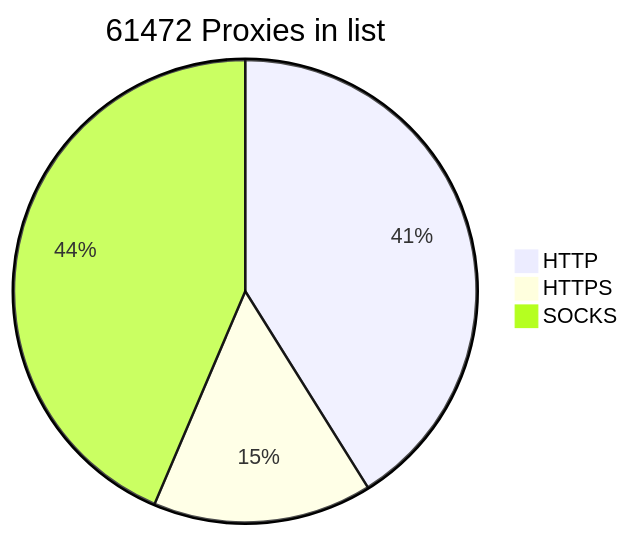
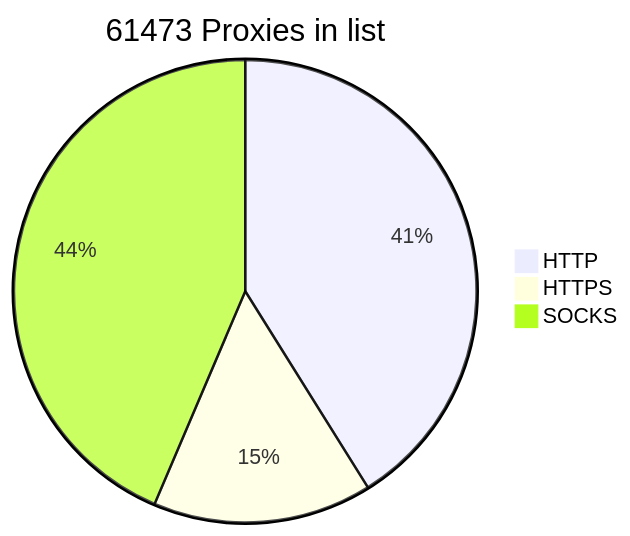
One commit to BlackSnowDot/proxylist-update-every-minute changed the diagram in README.md. Above: the diagram before and after it, drawn with Mermaid.

````diff
--- a/README.md
+++ b/README.md
@@ -2,6 +2,6 @@
 ```mermaid
-pie title 61472 Proxies in list
+pie title 61473 Proxies in list
     "HTTP" : 28720
-    "HTTPS": 10693
-    "SOCKS" : 30451
+    "HTTPS": 10694
+    "SOCKS" : 30452
 ```
````
